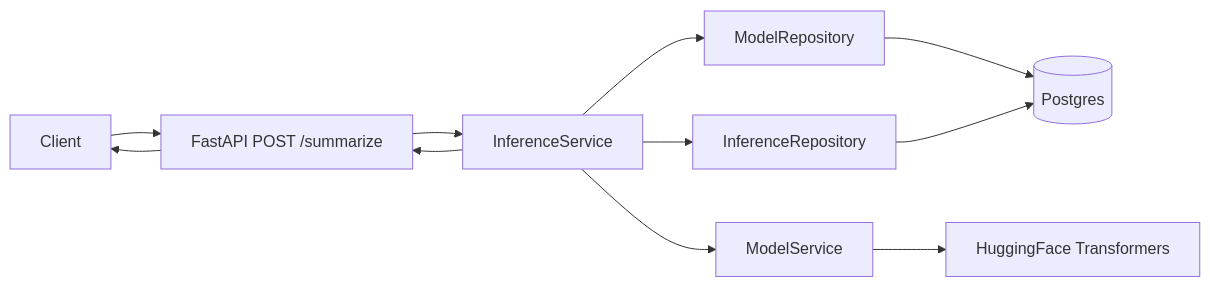
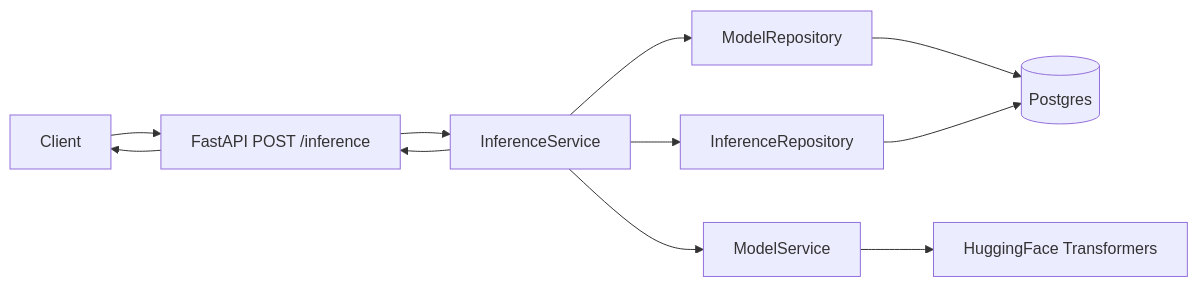
Before and after one commit to DimitarAtanassov/arc-model-lab: the first of 2 diagrams in docs/architecture.md, drawn with Mermaid. The commit also changed other lines of this file and 25 other files, not shown here.

````diff
--- a/docs/architecture.md
+++ b/docs/architecture.md
@@ -40,13 +41,13 @@
 ```mermaid
 flowchart LR
-    Client[Client] --> API["FastAPI POST /summarize"]
+    Client[Client] --> API["FastAPI POST /inference"]
     API --> Svc[InferenceService]
     Svc --> Cat[ModelRepository]
     Svc --> MS[ModelService]
     MS --> HF[HuggingFace Transformers]
     Svc --> Repo[InferenceRepository]
     Cat --> DB[(Postgres)]
     Repo --> DB
     Svc --> API
     API --> Client
 ```
````
